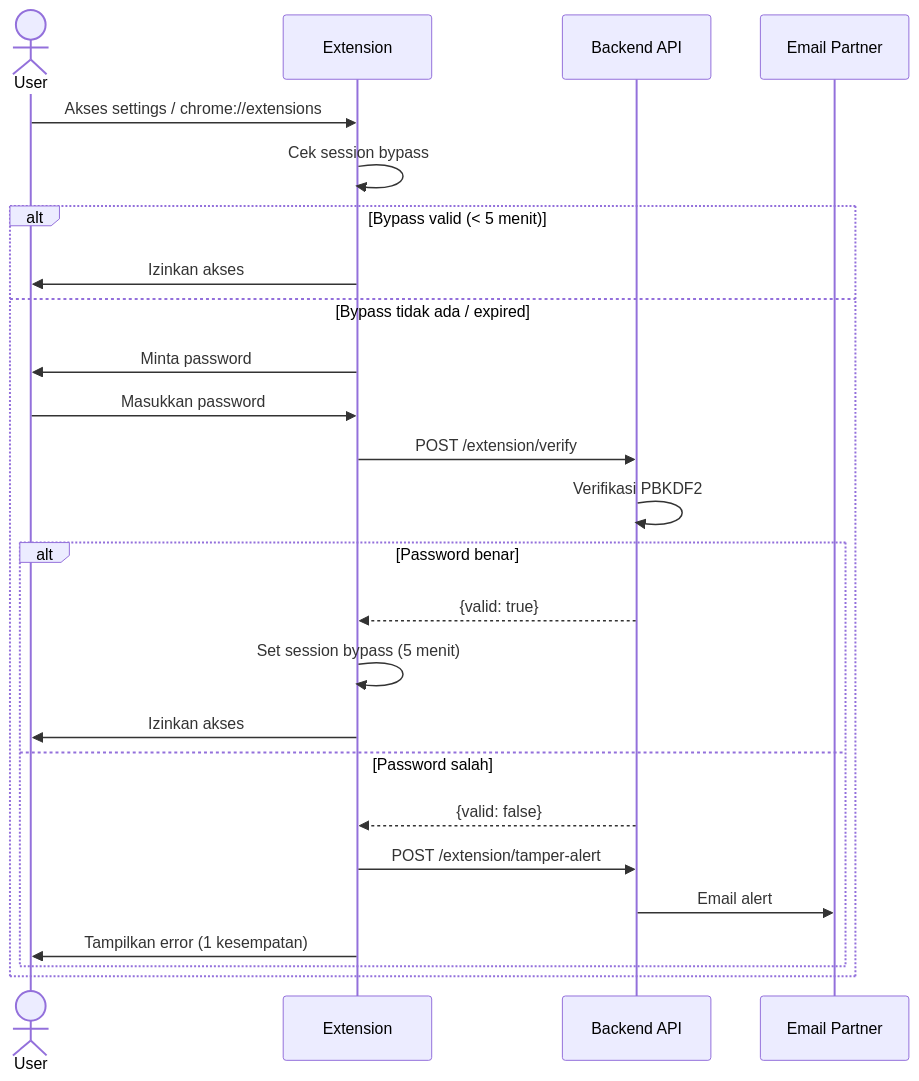
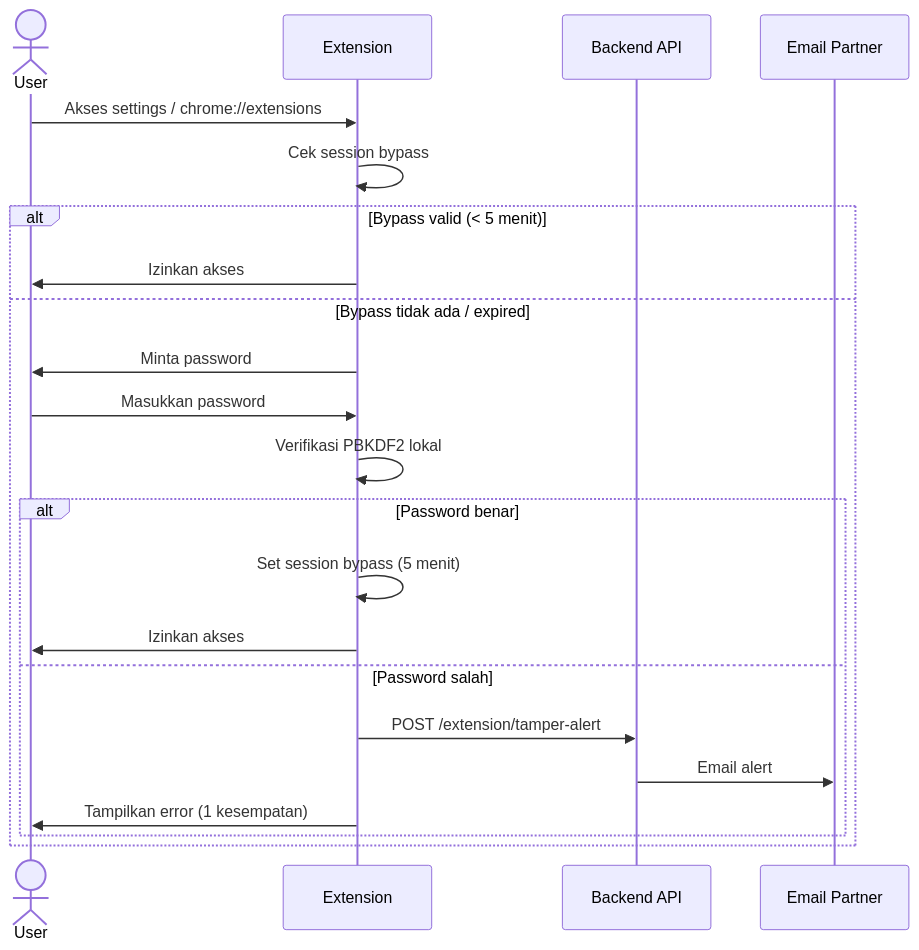
The third of 5 diagrams in docs/architecture.md (rizkyfauziilmi/gambling-blocker), drawn with Mermaid before and after one commit. The commit also changed 10 other files, not shown here.

````diff
--- a/docs/architecture.md
+++ b/docs/architecture.md
@@ -99,28 +99,25 @@
 ```mermaid
 sequenceDiagram
     actor User
     participant Ext as Extension
     participant API as Backend API
     participant Partner as Email Partner
 
     User->>Ext: Akses settings / chrome://extensions
     Ext->>Ext: Cek session bypass
     alt Bypass valid (< 5 menit)
         Ext->>User: Izinkan akses
     else Bypass tidak ada / expired
         Ext->>User: Minta password
         User->>Ext: Masukkan password
-        Ext->>API: POST /extension/verify
-        API->>API: Verifikasi PBKDF2
+        Ext->>Ext: Verifikasi PBKDF2 lokal
         alt Password benar
-            API-->>Ext: {valid: true}
             Ext->>Ext: Set session bypass (5 menit)
             Ext->>User: Izinkan akses
         else Password salah
-            API-->>Ext: {valid: false}
             Ext->>API: POST /extension/tamper-alert
             API->>Partner: Email alert
             Ext->>User: Tampilkan error (1 kesempatan)
         end
     end
 ```
````
